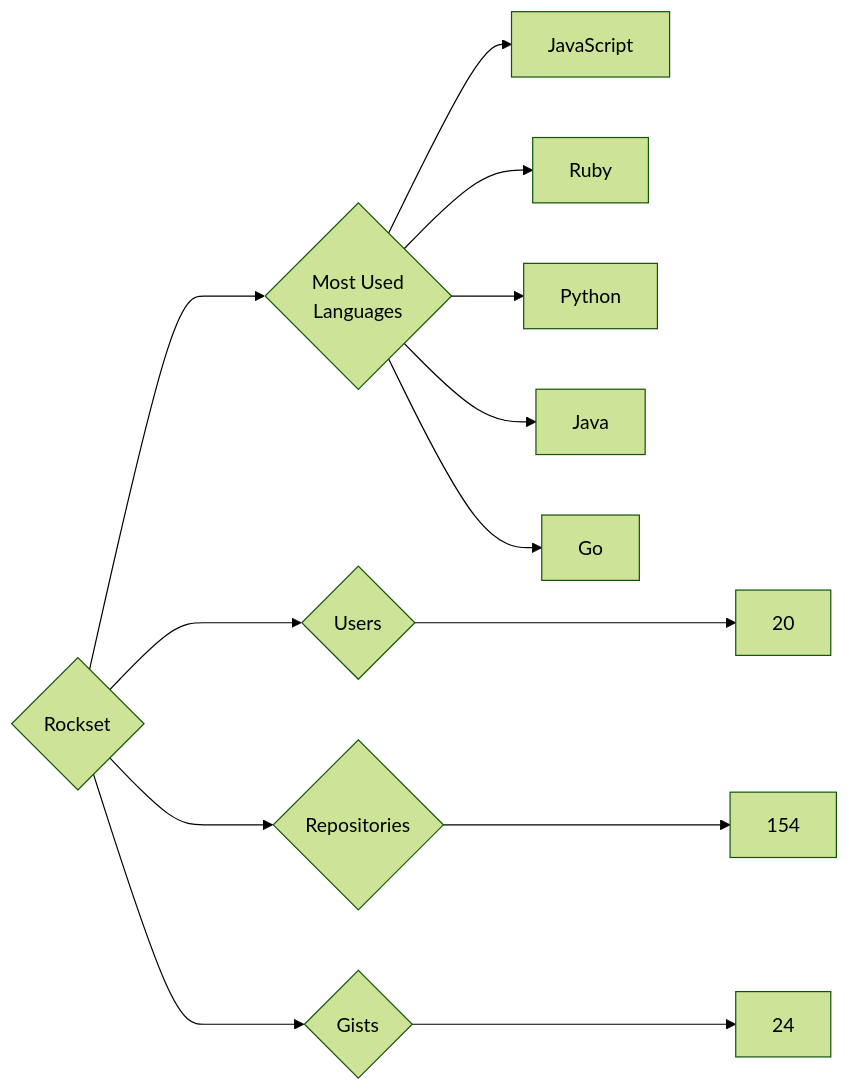
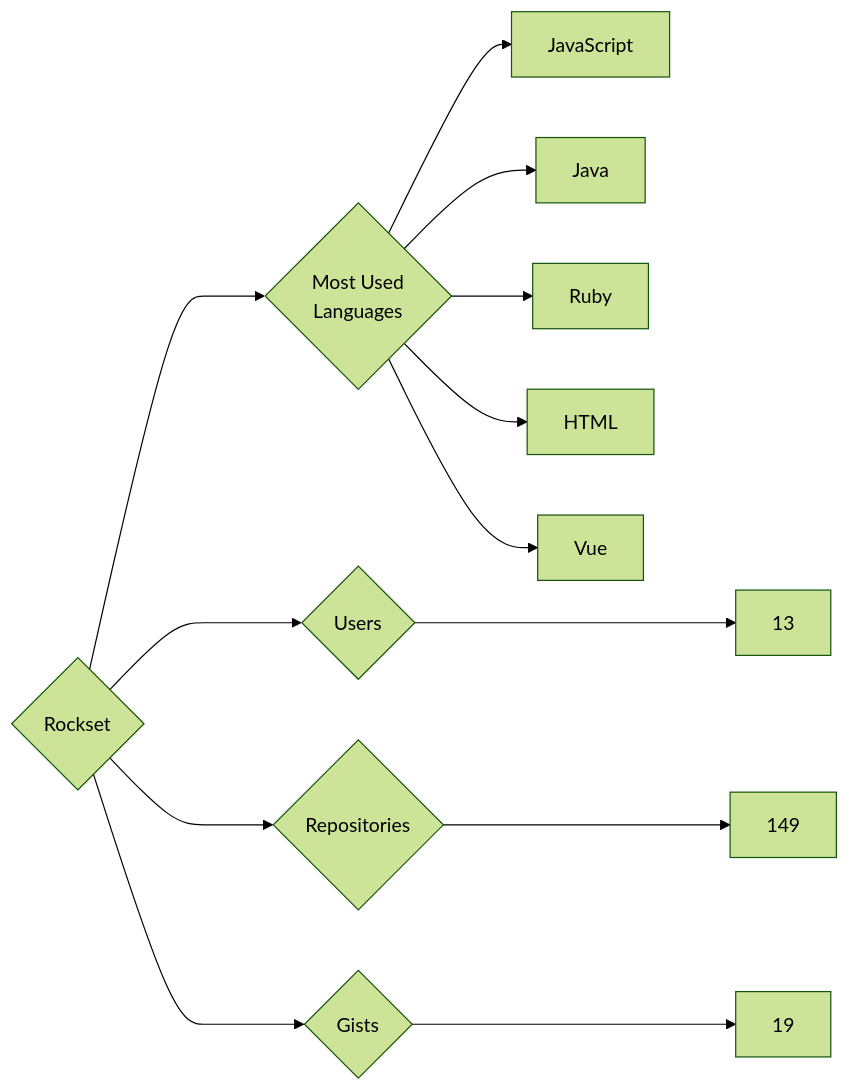
The diagram in targets/Rockset/README.md (trickest/insiders), drawn with Mermaid (forest theme) before and after one commit. The commit also changed 976 other files, not shown here.

````diff
--- a/targets/Rockset/README.md
+++ b/targets/Rockset/README.md
@@ -3,13 +3,13 @@
 ```mermaid
 graph LR
 COMPANY_NAME{Rockset}
-COMPANY_NAME ---> U{Users} ---> UN[20]
-COMPANY_NAME ---> R{Repositories} ---> RN[154]
-COMPANY_NAME ---> G{Gists} ---> GN[24]
+COMPANY_NAME ---> U{Users} ---> UN[13]
+COMPANY_NAME ---> R{Repositories} ---> RN[149]
+COMPANY_NAME ---> G{Gists} ---> GN[19]
 COMPANY_NAME ---> ML{Most Used<br>Languages}
 ML --> JavaScript[JavaScript]
+ML --> Java[Java]
 ML --> Ruby[Ruby]
-ML --> Python[Python]
-ML --> Java[Java]
-ML --> Go[Go]
+ML --> HTML[HTML]
+ML --> Vue[Vue]
 ```
````
